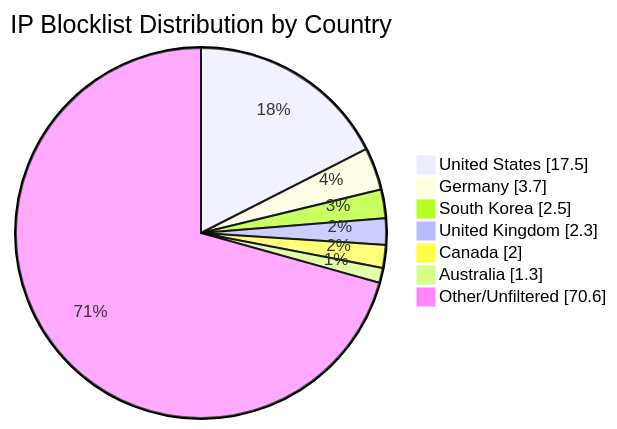
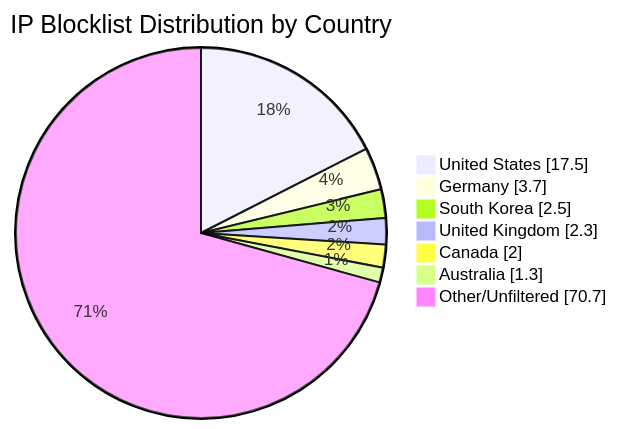
Before and after one commit to MarcusHoltz/ipblocklist-geofiltered-aggregator: the diagram in README.md, drawn with Mermaid. The commit also changed other lines of this file and 9 other files, not shown here.

````diff
--- a/README.md
+++ b/README.md
@@ -34,10 +34,10 @@
 ```mermaid
 pie showData title IP Blocklist Distribution by Country
 "United States" : 17.5
 "Germany" : 3.7
 "South Korea" : 2.5
 "United Kingdom" : 2.3
 "Canada" : 2.0
 "Australia" : 1.3
-"Other/Unfiltered" : 70.6
+"Other/Unfiltered" : 70.7
 ```
````
